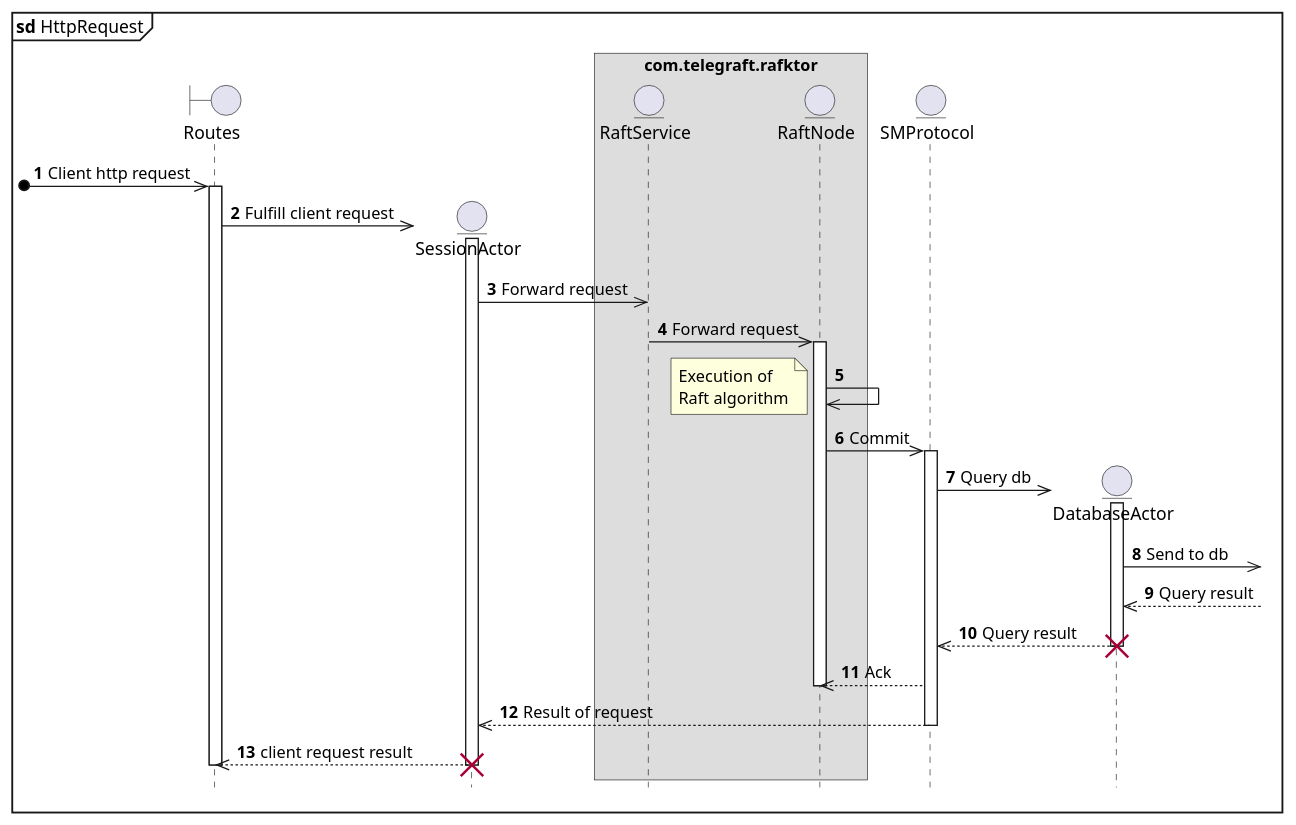
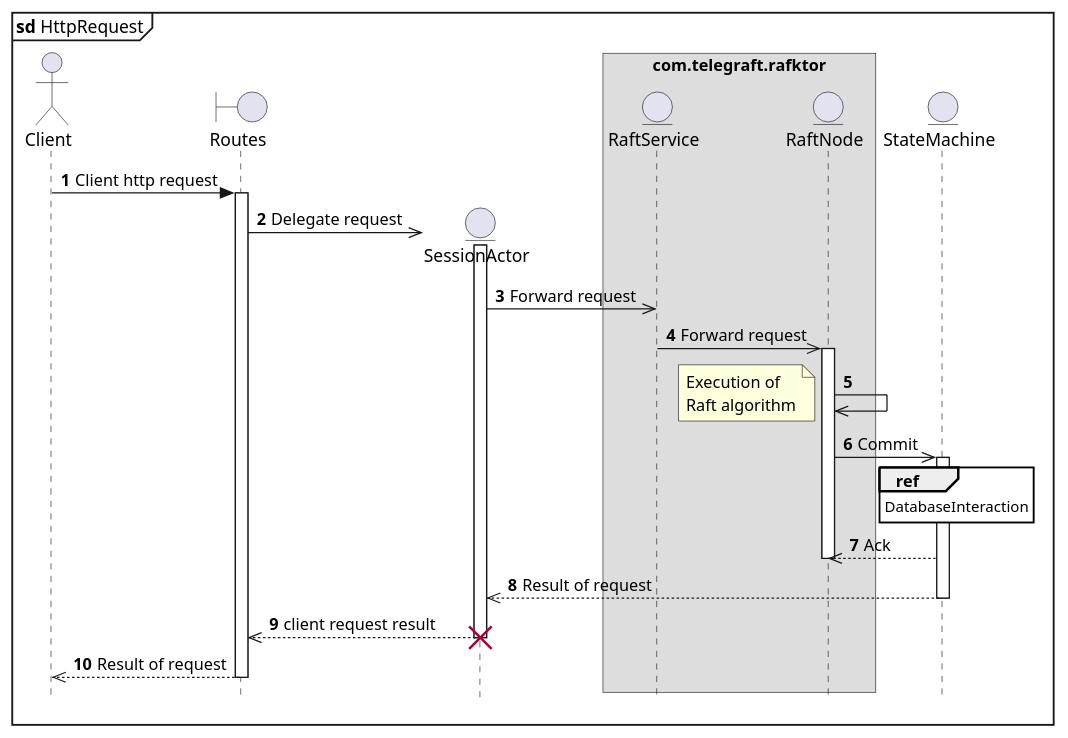
Before and after one commit to strang3nt/Telegraft: the diagram in docs/diagrams/sequenceDiagrams/RouteRaftDatabase.plantuml, drawn with PlantUML. The commit also changed 16 other files, not shown here.

```diff
--- a/docs/diagrams/sequenceDiagrams/RouteRaftDatabase.plantuml
+++ b/docs/diagrams/sequenceDiagrams/RouteRaftDatabase.plantuml
@@ -1,52 +1,50 @@
 @startuml HttpRequest
 
 skinparam style strictuml
 autonumber
 
+skinparam sequenceReferenceBackgroundColor white
+
 mainframe **sd** HttpRequest
 
+actor Client
 boundary Routes
 entity SessionActor
 box com.telegraft.rafktor
 entity RaftService
 entity RaftNode
 end box
-entity SMProtocol
-entity DatabaseActor
+entity StateMachine
 
-?o->> Routes: Client http request
+Client -> Routes: Client http request
+
 activate Routes
 
-Routes ->> SessionActor ** : Fulfill client request
+
+Routes ->> SessionActor ** : Delegate request
 
 activate SessionActor
 SessionActor ->> RaftService: Forward request
 
 RaftService ->> RaftNode: Forward request
 
 activate RaftNode
 RaftNode ->> RaftNode
 note left: Execution of \nRaft algorithm
-RaftNode ->> SMProtocol: Commit
+RaftNode ->> StateMachine: Commit
 
-activate SMProtocol
-SMProtocol ->> DatabaseActor ** : Query db
-
-activate DatabaseActor
-DatabaseActor ->>: Send to db
-DatabaseActor <<--: Query result
-SMProtocol <<-- DatabaseActor: Query result
-destroy DatabaseActor
-
-RaftNode <<-- SMProtocol: Ack
+activate StateMachine
+ref over StateMachine: DatabaseInteraction
+RaftNode <<-- StateMachine: Ack
 deactivate RaftNode
 
-SessionActor <<-- SMProtocol: Result of request
-deactivate SMProtocol
+SessionActor <<-- StateMachine: Result of request
+deactivate StateMachine
 
 Routes <<-- SessionActor: client request result
 destroy SessionActor
 
+Client <<-- Routes: Result of request
 deactivate Routes
 
 @enduml
```
